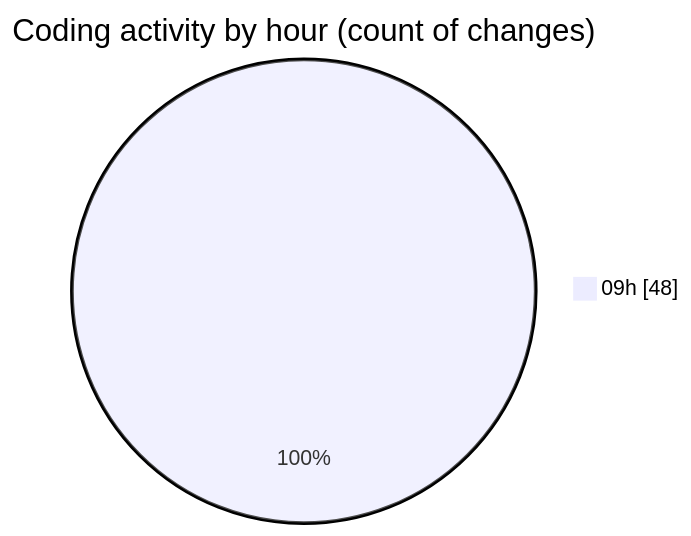
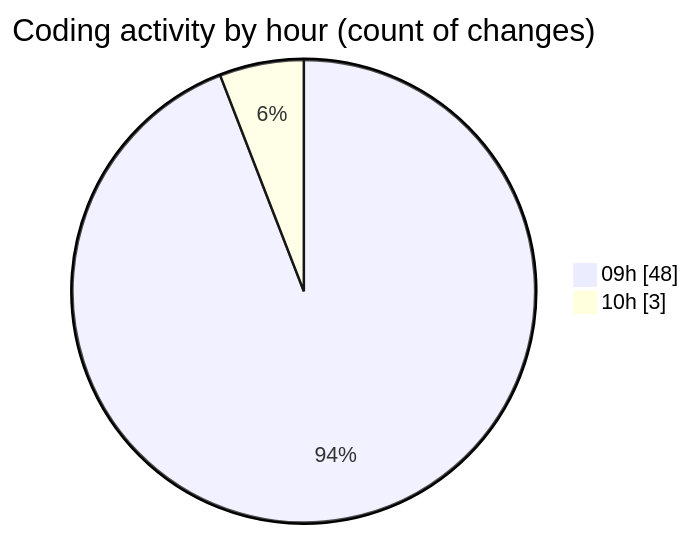
One commit to momahboobian/code-tracking changed the second of 2 diagrams in 2025-03-14/cda/README.md. Above: the diagram before and after it, drawn with Mermaid. The commit also changed other lines of this file and 1 other file, not shown here.

````diff
--- a/2025-03-14/cda/README.md
+++ b/2025-03-14/cda/README.md
@@ -40,5 +41,6 @@
 ```mermaid
 pie showData
 title Coding activity by hour (count of changes)
 "09h" : 48
+"10h" : 3
 ```
````
